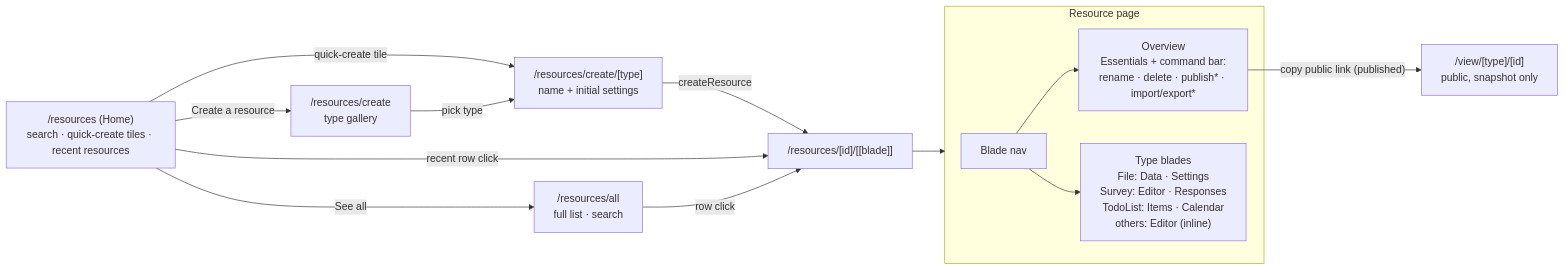
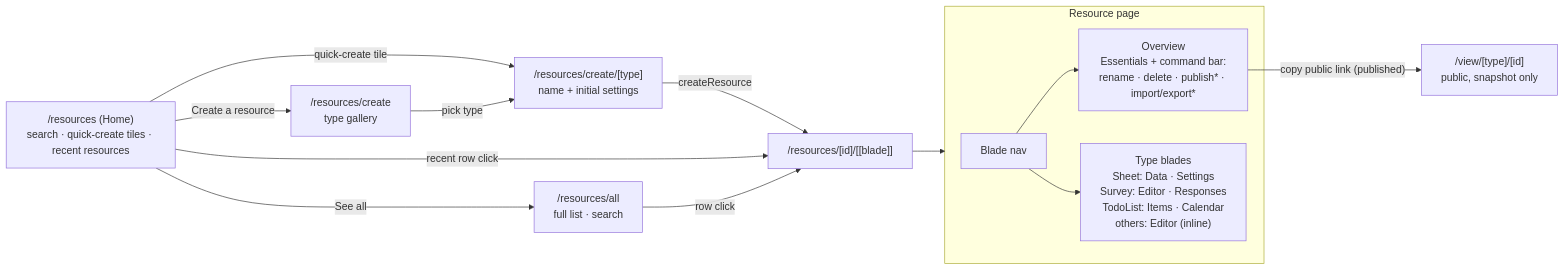
The first of 3 diagrams in packages/app/content/docs/platform/resource-explorer.md (Esposter/Esposter), drawn with Mermaid before and after one commit. The commit also changed other lines of this file and 160 other files, not shown here.

````diff
--- a/packages/app/content/docs/platform/resource-explorer.md
+++ b/packages/app/content/docs/platform/resource-explorer.md
@@ -35,19 +35,19 @@
 ```mermaid
 flowchart LR
   HOME["/resources (Home)<br/>search · quick-create tiles · recent resources"]
   HOME -->|See all| ALL["/resources/all<br/>full list · search"]
   HOME -->|Create a resource| CREATE["/resources/create<br/>type gallery"]
   HOME -->|quick-create tile| CFORM["/resources/create/[type]<br/>name + initial settings"]
   CREATE -->|pick type| CFORM
   CFORM -->|createResource| RES["/resources/[id]/[[blade]]"]
   HOME -->|recent row click| RES
   ALL -->|row click| RES
 
   subgraph bladepage [Resource page]
     MENU["Blade nav"] --> OV["Overview<br/>Essentials + command bar:<br/>rename · delete · publish* · import/export*"]
-    MENU --> TB["Type blades<br/>File: Data · Settings<br/>Survey: Editor · Responses<br/>TodoList: Items · Calendar<br/>others: Editor (inline)"]
+    MENU --> TB["Type blades<br/>Sheet: Data · Settings<br/>Survey: Editor · Responses<br/>TodoList: Items · Calendar<br/>others: Editor (inline)"]
   end
 
   RES --> bladepage
   OV -->|"copy public link (published)"| VIEW["/view/[type]/[id]<br/>public, snapshot only"]
 ```
````
